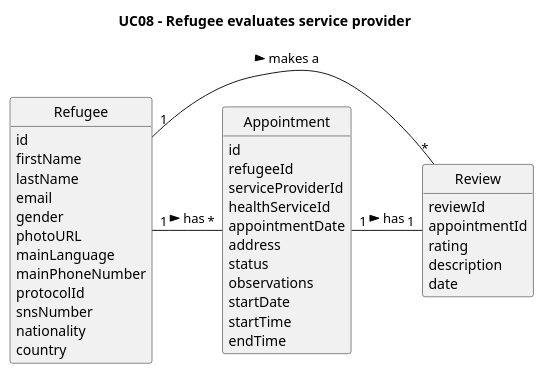
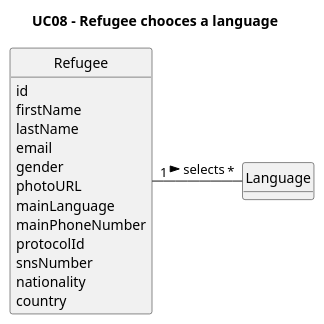
Before and after one commit to Chirano/GladlyGiven: the diagram in javaSprint2GladlyGiven/Docs/UseCases/uc08/analysis/us08-Domain_Model.puml, drawn with PlantUML. The commit also changed 49 other files, not shown here.

```diff
--- a/javaSprint2GladlyGiven/Docs/UseCases/uc08/analysis/us08-Domain_Model.puml
+++ b/javaSprint2GladlyGiven/Docs/UseCases/uc08/analysis/us08-Domain_Model.puml
@@ -1,56 +1,33 @@
 @startuml
 skinparam monochrome true
 skinparam packageStyle rectangle
 skinparam shadowing false
 
 skinparam classAttributeIconSize 0
 
 hide circle
 hide methods
 
-title UC08 - Refugee evaluates service provider
+title UC08 - Refugee chooces a language
 
 class Refugee {
     id
     firstName
     lastName
     email
     gender
     photoURL
     mainLanguage
     mainPhoneNumber
     protocolId
     snsNumber
     nationality
     country
 }
 
-class Review {
-    reviewId
-    appointmentId
-    rating
-    description
-    date
+class Language {
 }
 
-class Appointment{
-    id
-    refugeeId
-    serviceProviderId
-    healthServiceId
-    appointmentDate
-    address
-    status
-    observations
-    startDate
-    startTime
-    endTime
-}
-
-Refugee "1   " - "   *" Review : makes a >
-Refugee "1   " - "   *" Appointment : has >
-Appointment "1   " - "   1" Review : has >
-
-
+Refugee "1   " - "   *" Language : selects >
 
 @enduml
```
